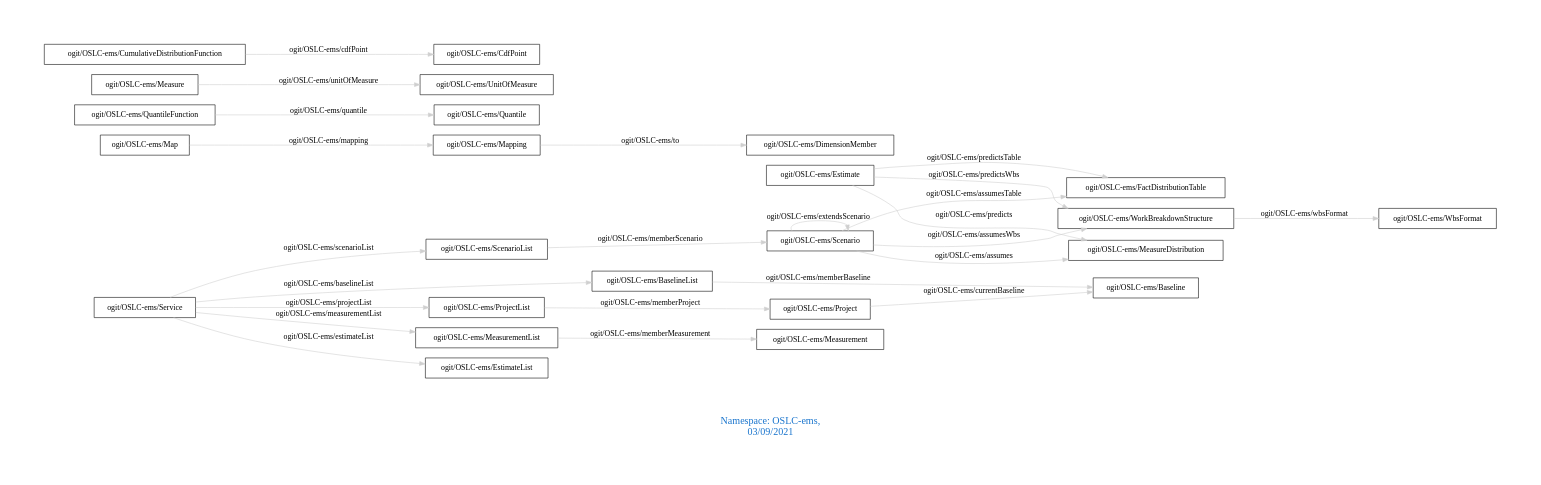
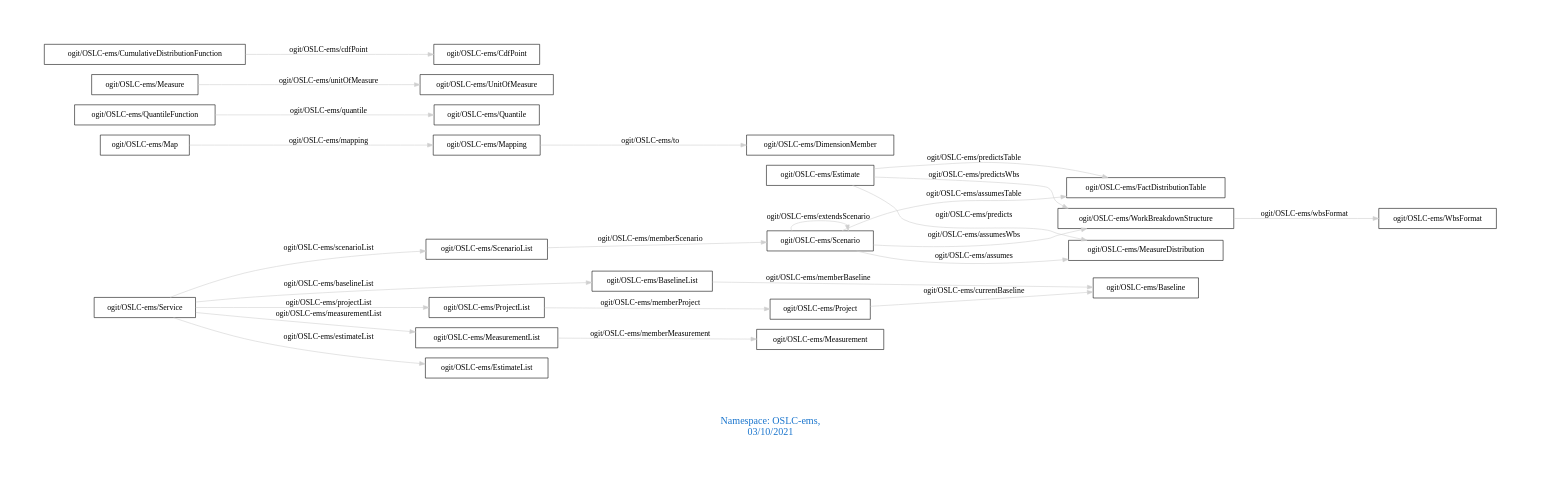
Before and after one commit to arago/OGIT: the diagram in downloads/OSLC-ems.dot, drawn with Graphviz. The commit also changed 1850 other files, not shown here.

```diff
--- a/downloads/OSLC-ems.dot
+++ b/downloads/OSLC-ems.dot
@@ -1,31 +1,31 @@
 digraph OGIT_ontology {
  graph [ rankdir= LR,pad=1 
 fontsize = 18,
-fontcolor= dodgerblue3,label = "\n\n\nNamespace: OSLC-ems, \n 03/09/2021"];
+fontcolor= dodgerblue3,label = "\n\n\nNamespace: OSLC-ems, \n 03/10/2021"];
 node[shape=polygon];
 edge [  color="gray81"];
 
    "ogit/OSLC-ems/Estimate" -> "ogit/OSLC-ems/MeasureDistribution" [label="   ogit/OSLC-ems/predicts    "];
    "ogit/OSLC-ems/Mapping" -> "ogit/OSLC-ems/DimensionMember" [label="   ogit/OSLC-ems/to    "];
    "ogit/OSLC-ems/Service" -> "ogit/OSLC-ems/ProjectList" [label="   ogit/OSLC-ems/projectList    "];
    "ogit/OSLC-ems/QuantileFunction" -> "ogit/OSLC-ems/Quantile" [label="   ogit/OSLC-ems/quantile    "];
    "ogit/OSLC-ems/Service" -> "ogit/OSLC-ems/ScenarioList" [label="   ogit/OSLC-ems/scenarioList    "];
    "ogit/OSLC-ems/Measure" -> "ogit/OSLC-ems/UnitOfMeasure" [label="   ogit/OSLC-ems/unitOfMeasure    "];
    "ogit/OSLC-ems/ScenarioList" -> "ogit/OSLC-ems/Scenario" [label="   ogit/OSLC-ems/memberScenario    "];
    "ogit/OSLC-ems/Estimate" -> "ogit/OSLC-ems/FactDistributionTable" [label="   ogit/OSLC-ems/predictsTable    "];
    "ogit/OSLC-ems/BaselineList" -> "ogit/OSLC-ems/Baseline" [label="   ogit/OSLC-ems/memberBaseline    "];
    "ogit/OSLC-ems/Scenario" -> "ogit/OSLC-ems/WorkBreakdownStructure" [label="   ogit/OSLC-ems/assumesWbs    "];
    "ogit/OSLC-ems/CumulativeDistributionFunction" -> "ogit/OSLC-ems/CdfPoint" [label="   ogit/OSLC-ems/cdfPoint    "];
    "ogit/OSLC-ems/Project" -> "ogit/OSLC-ems/Baseline" [label="   ogit/OSLC-ems/currentBaseline    "];
    "ogit/OSLC-ems/ProjectList" -> "ogit/OSLC-ems/Project" [label="   ogit/OSLC-ems/memberProject    "];
    "ogit/OSLC-ems/Service" -> "ogit/OSLC-ems/BaselineList" [label="   ogit/OSLC-ems/baselineList    "];
    "ogit/OSLC-ems/Estimate" -> "ogit/OSLC-ems/WorkBreakdownStructure" [label="   ogit/OSLC-ems/predictsWbs    "];
    "ogit/OSLC-ems/Map" -> "ogit/OSLC-ems/Mapping" [label="   ogit/OSLC-ems/mapping    "];
    "ogit/OSLC-ems/MeasurementList" -> "ogit/OSLC-ems/Measurement" [label="   ogit/OSLC-ems/memberMeasurement    "];
    "ogit/OSLC-ems/Service" -> "ogit/OSLC-ems/MeasurementList" [label="   ogit/OSLC-ems/measurementList    "];
    "ogit/OSLC-ems/WorkBreakdownStructure" -> "ogit/OSLC-ems/WbsFormat" [label="   ogit/OSLC-ems/wbsFormat    "];
    "ogit/OSLC-ems/Service" -> "ogit/OSLC-ems/EstimateList" [label="   ogit/OSLC-ems/estimateList    "];
    "ogit/OSLC-ems/Scenario" -> "ogit/OSLC-ems/MeasureDistribution" [label="   ogit/OSLC-ems/assumes    "];
    "ogit/OSLC-ems/Scenario" -> "ogit/OSLC-ems/FactDistributionTable" [label="   ogit/OSLC-ems/assumesTable    "];
    "ogit/OSLC-ems/Scenario" -> "ogit/OSLC-ems/Scenario" [label="   ogit/OSLC-ems/extendsScenario    "];
 }
```
